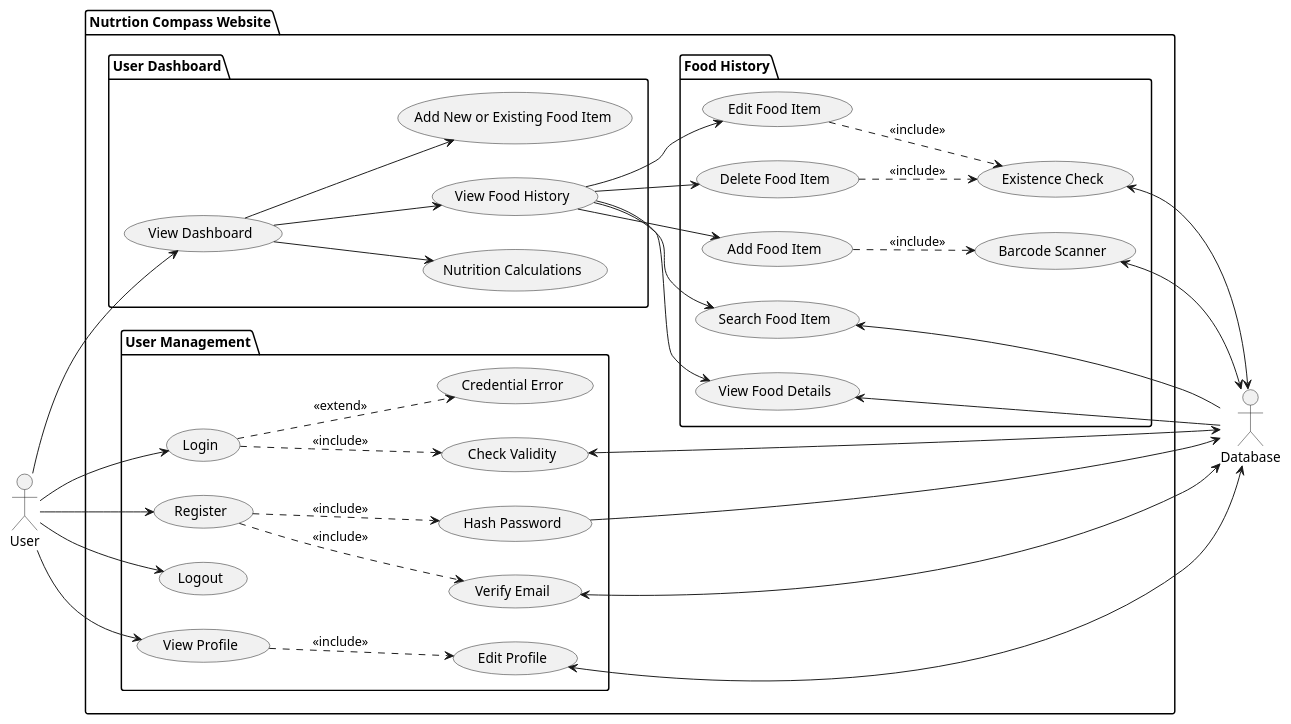
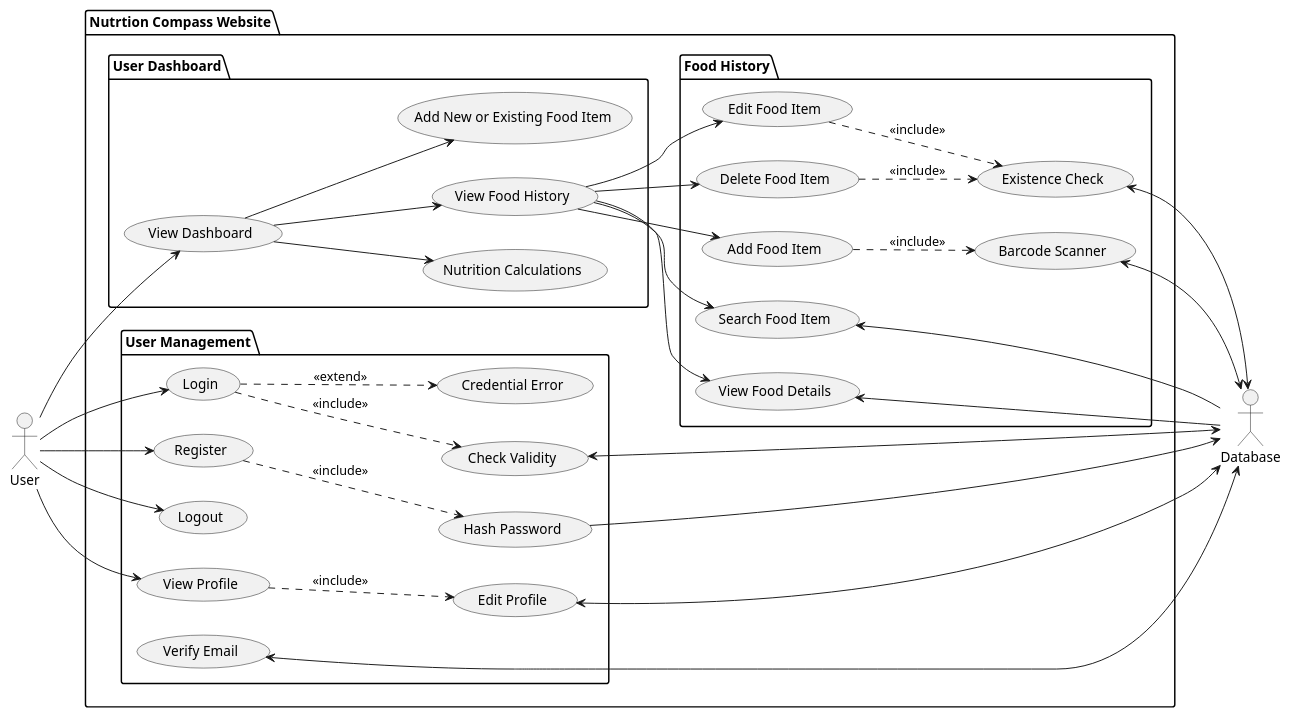
One commit to matt11matthew/NutritionCompass changed the diagram in diagrams/usecase.pu. Above: the diagram before and after it, drawn with PlantUML. The commit also changed 4 other files, not shown here.

```diff
--- a/diagrams/usecase.pu
+++ b/diagrams/usecase.pu
@@ -1,77 +1,76 @@
 @startuml usecase
 
 left to right direction
 ' skinparam packageStyle rectangle
 
 actor User as u
 actor Database as db
 
 package "Nutrtion Compass Website" {
     package "User Management" {
         usecase (Register) as register
         usecase (Hash Password) as hash
         usecase (Login) as login
         usecase (Check Validity) as check_validity
         usecase (Credential Error) as credential_error
         usecase (Verify Email) as verify_email
         usecase (Logout) as logout
         usecase (View Profile) as view_profile
         usecase (Edit Profile) as edit_profile
     }
 
     package "User Dashboard" {
         usecase (View Dashboard) as view_dash
         usecase (View Food History) as view_food_hist
         usecase (Add New or Existing Food Item) as add_food_dash
         usecase (Nutrition Calculations) as nutr_calc
     }
 
     package "Food History" {
         usecase (Add Food Item) as add_food
         usecase (Barcode Scanner) as scan_bar
         usecase (Search Food Item) as search_food
         usecase (Edit Food Item) as edit_food
         usecase (Existence Check) as exist_check
         usecase (Delete Food Item) as delete_food
         usecase (View Food Details) as view_food_item
     }
 
     ' Registration
     u --> register
     register ..> hash : <<include>>
-    register ..> verify_email : <<include>>
     hash --> db
 
     ' User Management
     u -> login
     login ..> check_validity : <<include>>
     login ..> credential_error : <<extend>>
     check_validity <--> db
     u --> logout
     u --> view_profile
     view_profile ..> edit_profile : <<include>>
     edit_profile <--> db
     u --> view_dash
     verify_email <--> db
 
     ' Dashboard
     view_dash --> view_food_hist
     view_dash --> nutr_calc
     view_dash --> add_food_dash
 
     ' Food History
     view_food_hist --> add_food
     add_food ..> scan_bar : <<include>>
     view_food_hist --> search_food
     view_food_hist --> edit_food
     view_food_hist --> delete_food
     view_food_hist --> view_food_item
     edit_food ..> exist_check : <<include>>
     delete_food ..> exist_check : <<include>>
     exist_check <--> db
     view_food_item <-- db
     search_food <-- db
     scan_bar <--> db
 }
 
 @enduml
```
